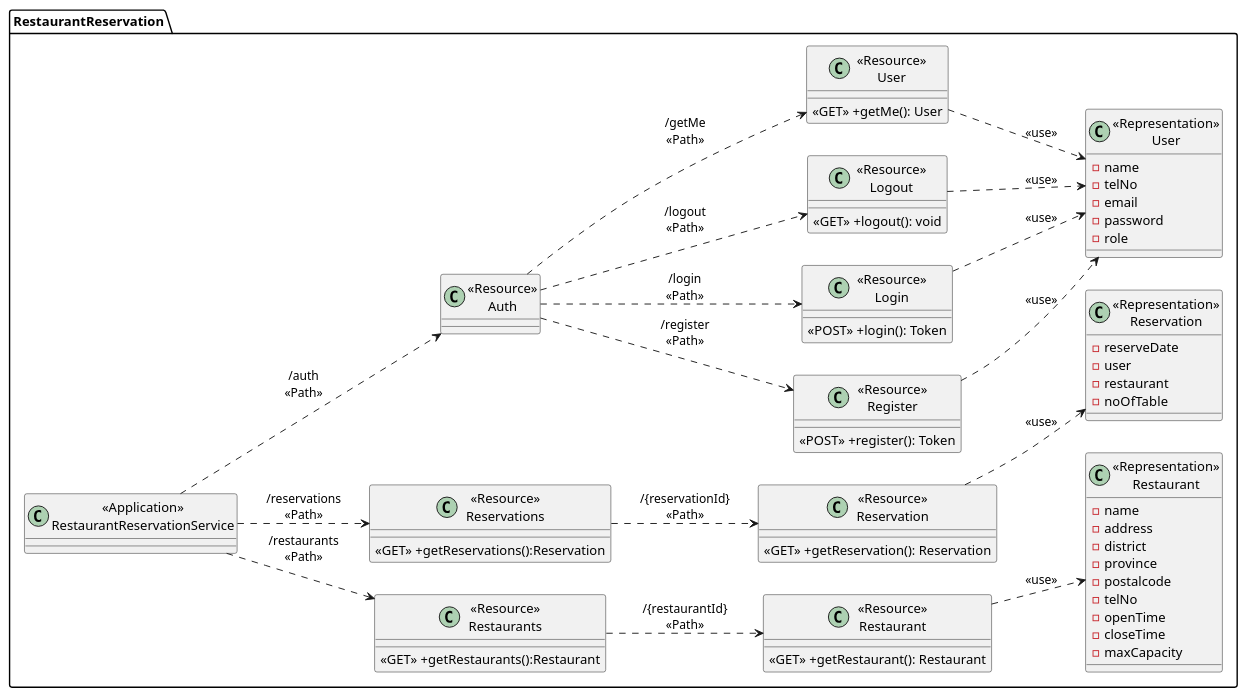
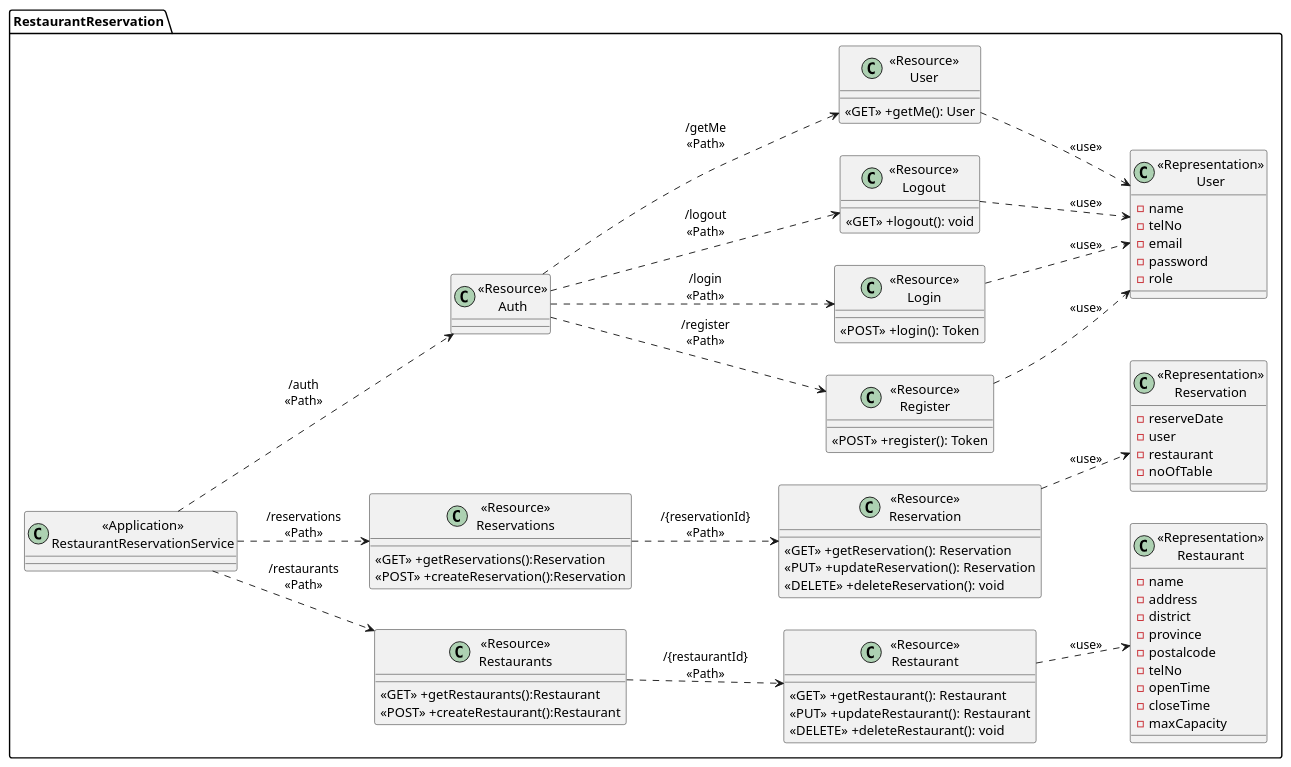
Before and after one commit to Prince-in-the-wood/sw-dev-term-project: the diagram in doc/uml-api-diagram.puml, drawn with PlantUML.

Commit message:
feat: uncomment create-update-delete api diagram

```diff
--- a/doc/uml-api-diagram.puml
+++ b/doc/uml-api-diagram.puml
@@ -1,99 +1,99 @@
 @startuml
 left to right direction
 package "RestaurantReservation"{
     class "<<Application>>\nRestaurantReservationService" as RestaurantReservationService{}
 
     ' Restaurant 
     class "<<Resource>>\nRestaurants" as ResourceRestaurants{
         <<GET>> +getRestaurants():Restaurant
-        ' <<POST>> +createRestaurant():Restaurant
+        <<POST>> +createRestaurant():Restaurant
     }
 
     class "<<Resource>>\nRestaurant" as ResourceRestaurant {
         <<GET>> +getRestaurant(): Restaurant
-        ' <<PUT>> +updateRestaurant(): Restaurant
-        ' <<DELETE>> +deleteRestaurant(): void
+        <<PUT>> +updateRestaurant(): Restaurant
+        <<DELETE>> +deleteRestaurant(): void
     }
 
     class "<<Representation>>\nRestaurant" as RepresentationRestaurant {
         -name
         -address
         -district
         -province
         -postalcode
         -telNo
         -openTime
         -closeTime
         -maxCapacity
     }
     
     ' Reservation 
     class "<<Resource>>\nReservations" as ResourceReservations{
         <<GET>> +getReservations():Reservation
-        ' <<POST>> +createReservation():Reservation
+        <<POST>> +createReservation():Reservation
     }
 
     class "<<Resource>>\nReservation" as ResourceReservation {
         <<GET>> +getReservation(): Reservation
-        ' <<PUT>> +updateReservation(): Reservation
-        ' <<DELETE>> +deleteReservation(): void
+        <<PUT>> +updateReservation(): Reservation
+        <<DELETE>> +deleteReservation(): void
     }
 
     class "<<Representation>>\nReservation" as RepresentationReservation {
         -reserveDate
         -user
         -restaurant
         -noOfTable
     }
 
     ' User
     class "<<Resource>>\nAuth" as ResourceAuth{
         
     }
 
     class "<<Resource>>\nRegister" as ResourceRegister{
         <<POST>> +register(): Token
     }
 
     class "<<Resource>>\nLogin" as ResourceLogin{
         <<POST>> +login(): Token
     }
 
     class "<<Resource>>\nLogout" as ResourceLogout{
         <<GET>> +logout(): void
     }
 
     class "<<Resource>>\nUser" as ResourceUser{
         <<GET>> +getMe(): User
     }
 
     class "<<Representation>>\nUser" as RepresentationUser {
         -name
         -telNo
         -email
         -password
         -role
     }
     
 
 }
 
 RestaurantReservationService ..> ResourceRestaurants:"/restaurants\n<<Path>>"
 ResourceRestaurants ..> ResourceRestaurant: "/{restaurantId}\n<<Path>>"
 ResourceRestaurant ..> RepresentationRestaurant: "<<use>>"
 
 RestaurantReservationService ..> ResourceReservations:"/reservations\n<<Path>>"
 ResourceReservations ..> ResourceReservation: "/{reservationId}\n<<Path>>"
 ResourceReservation ..> RepresentationReservation: "<<use>>"
 
 RestaurantReservationService ..> ResourceAuth:"/auth\n<<Path>>"
 ResourceAuth ..> ResourceRegister:"/register\n<<Path>>"
 ResourceAuth ..> ResourceLogin:"/login\n<<Path>>"
 ResourceAuth ..> ResourceUser:"/getMe\n<<Path>>"
 ResourceAuth ..> ResourceLogout:"/logout\n<<Path>>"
 
 ResourceRegister ..> RepresentationUser:"<<use>>"
 ResourceLogin ..> RepresentationUser: "<<use>>"
 ResourceUser ..> RepresentationUser: "<<use>>"
 ResourceLogout ..> RepresentationUser: "<<use>>"
 @enduml
```
